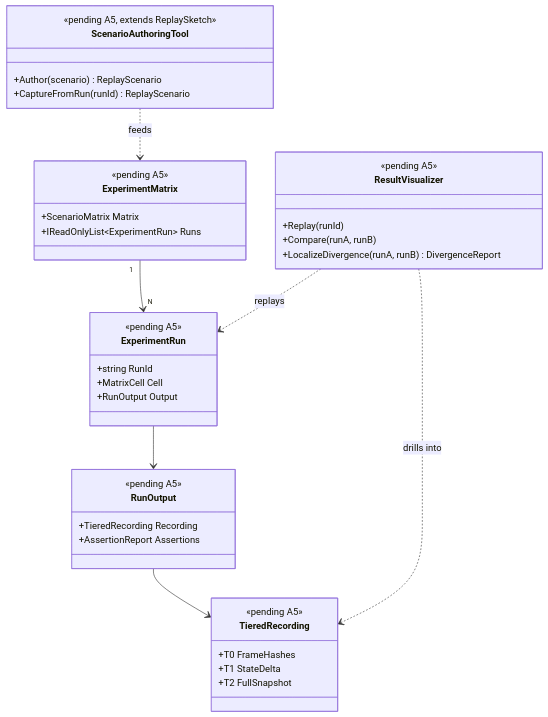
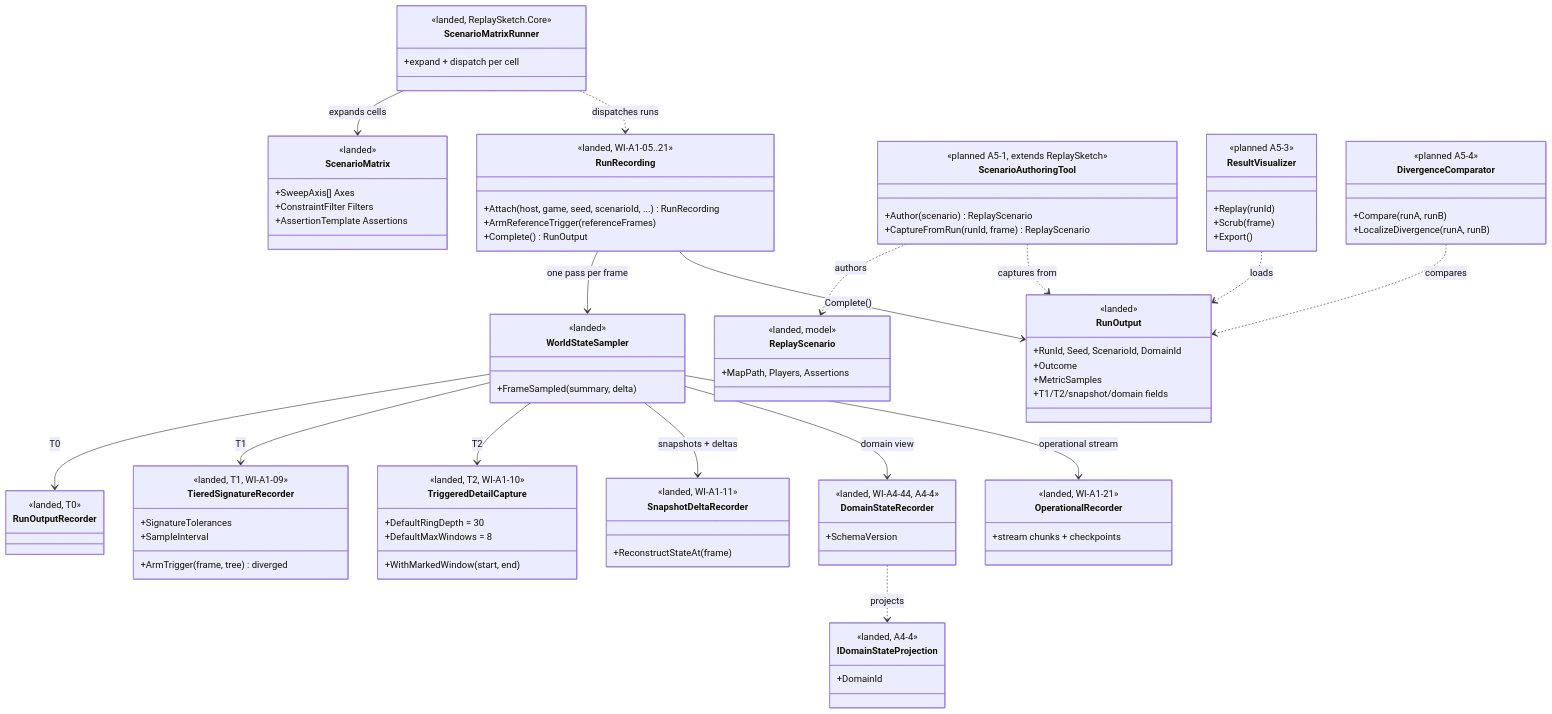
The first of 4 diagrams in docs/roadmap/deep-dives/a5-visualization.md (rmessinger/Panopticon), drawn with Mermaid before and after one commit. The commit also changed other lines of this file and 12 other files, not shown here.

Commit message:
docs(roadmap): A5 group 1 grounding and WorldBuilder baseline audit (#257)

````diff
--- a/docs/roadmap/deep-dives/a5-visualization.md
+++ b/docs/roadmap/deep-dives/a5-visualization.md
@@ -212,48 +241,97 @@
 ```mermaid
 classDiagram
+  class RunRecording {
+    <<landed, WI-A1-05..21>>
+    +Attach(host, game, seed, scenarioId, ...) RunRecording
+    +ArmReferenceTrigger(referenceFrames)
+    +Complete() RunOutput
+  }
+  class WorldStateSampler {
+    <<landed>>
+    +FrameSampled(summary, delta)
+  }
+  class RunOutputRecorder {
+    <<landed, T0>>
+  }
+  class TieredSignatureRecorder {
+    <<landed, T1, WI-A1-09>>
+    +SignatureTolerances
+    +SampleInterval
+    +ArmTrigger(frame, tree) diverged
+  }
+  class TriggeredDetailCapture {
+    <<landed, T2, WI-A1-10>>
+    +WithMarkedWindow(start, end)
+    +DefaultRingDepth = 30
+    +DefaultMaxWindows = 8
+  }
+  class SnapshotDeltaRecorder {
+    <<landed, WI-A1-11>>
+    +ReconstructStateAt(frame)
+  }
+  class DomainStateRecorder {
+    <<landed, WI-A4-44, A4-4>>
+    +SchemaVersion
+  }
+  class OperationalRecorder {
+    <<landed, WI-A1-21>>
+    +stream chunks + checkpoints
+  }
+  class RunOutput {
+    <<landed>>
+    +RunId, Seed, ScenarioId, DomainId
+    +Outcome
+    +MetricSamples
+    +T1/T2/snapshot/domain fields
+  }
+  class IDomainStateProjection {
+    <<landed, A4-4>>
+    +DomainId
+  }
+  class ScenarioMatrix {
+    <<landed>>
+    +SweepAxis[] Axes
+    +ConstraintFilter Filters
+    +AssertionTemplate Assertions
+  }
+  class ScenarioMatrixRunner {
+    <<landed, ReplaySketch.Core>>
+    +expand + dispatch per cell
+  }
+  class ReplayScenario {
+    <<landed, model>>
+    +MapPath, Players, Assertions
+  }
   class ScenarioAuthoringTool {
-    <<pending A5, extends ReplaySketch>>
+    <<planned A5-1, extends ReplaySketch>>
     +Author(scenario) ReplayScenario
-    +CaptureFromRun(runId) ReplayScenario
+    +CaptureFromRun(runId, frame) ReplayScenario
+  }
+  class ResultVisualizer {
+    <<planned A5-3>>
+    +Replay(runId)
+    +Scrub(frame)
+    +Export()
+  }
+  class DivergenceComparator {
+    <<planned A5-4>>
+    +Compare(runA, runB)
+    +LocalizeDivergence(runA, runB)
   }
 
-  class ExperimentMatrix {
-    <<pending A5>>
-    +ScenarioMatrix Matrix
-    +IReadOnlyList~ExperimentRun~ Runs
-  }
-
-  class ExperimentRun {
-    <<pending A5>>
-    +string RunId
-    +MatrixCell Cell
-    +RunOutput Output
-  }
-
-  class RunOutput {
-    <<pending A5>>
-    +TieredRecording Recording
-    +AssertionReport Assertions
-  }
-
-  class ResultVisualizer {
-    <<pending A5>>
-    +Replay(runId)
-    +Compare(runA, runB)
-    +LocalizeDivergence(runA, runB) DivergenceReport
-  }
-
-  class TieredRecording {
-    <<pending A5>>
-    +T0 FrameHashes
-    +T1 StateDelta
-    +T2 FullSnapshot
-  }
-
-  ExperimentMatrix "1" --> "N" ExperimentRun
-  ExperimentRun --> RunOutput
-  RunOutput --> TieredRecording
-  ResultVisualizer ..> ExperimentRun : replays
-  ResultVisualizer ..> TieredRecording : drills into
-  ScenarioAuthoringTool ..> ExperimentMatrix : feeds
+  RunRecording --> WorldStateSampler : one pass per frame
+  WorldStateSampler --> RunOutputRecorder : T0
+  WorldStateSampler --> TieredSignatureRecorder : T1
+  WorldStateSampler --> TriggeredDetailCapture : T2
+  WorldStateSampler --> SnapshotDeltaRecorder : snapshots + deltas
+  WorldStateSampler --> DomainStateRecorder : domain view
+  WorldStateSampler --> OperationalRecorder : operational stream
+  RunRecording --> RunOutput : Complete()
+  DomainStateRecorder ..> IDomainStateProjection : projects
+  ScenarioMatrixRunner --> ScenarioMatrix : expands cells
+  ScenarioMatrixRunner ..> RunRecording : dispatches runs
+  ScenarioAuthoringTool ..> ReplayScenario : authors
+  ScenarioAuthoringTool ..> RunOutput : captures from
+  ResultVisualizer ..> RunOutput : loads
+  DivergenceComparator ..> RunOutput : compares
 ```
````
